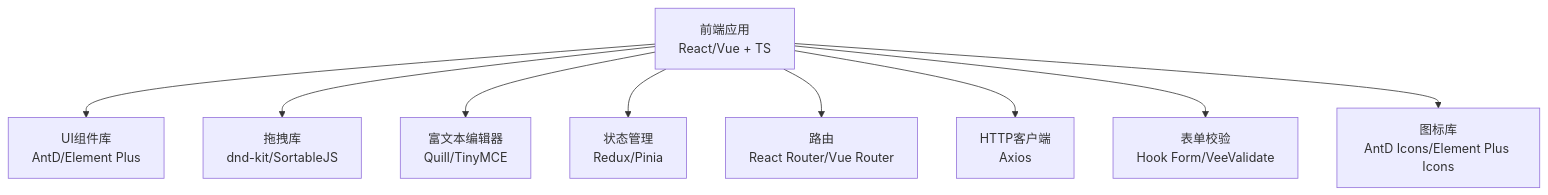
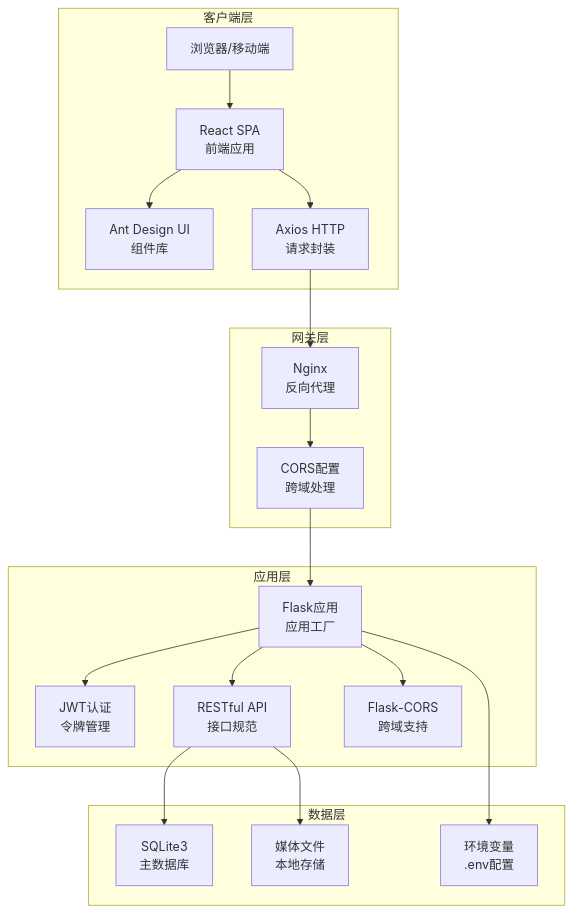
Before and after one commit to wyg5208/website_diy: the second of 6 diagrams in .qoder/repowiki/zh/content/需求规格说明/技术需求.md, drawn with Mermaid. The commit also changed other lines of this file and 43 other files, not shown here.

````diff
--- a/.qoder/repowiki/zh/content/需求规格说明/技术需求.md
+++ b/.qoder/repowiki/zh/content/需求规格说明/技术需求.md
@@ -93,11 +117,36 @@
 ```mermaid
 graph TB
-FE["前端应用<br/>React/Vue + TS"] --> UI["UI组件库<br/>AntD/Element Plus"]
-FE --> DRAG["拖拽库<br/>dnd-kit/SortableJS"]
-FE --> RTE["富文本编辑器<br/>Quill/TinyMCE"]
-FE --> STATE["状态管理<br/>Redux/Pinia"]
-FE --> ROUTER["路由<br/>React Router/Vue Router"]
-FE --> HTTP["HTTP客户端<br/>Axios"]
-FE --> FORM["表单校验<br/>Hook Form/VeeValidate"]
-FE --> ICON["图标库<br/>AntD Icons/Element Plus Icons"]
+subgraph "客户端层"
+U["浏览器/移动端"]
+B["React SPA<br/>前端应用"]
+C["Ant Design UI<br/>组件库"]
+D["Axios HTTP<br/>请求封装"]
+end
+subgraph "网关层"
+E["Nginx<br/>反向代理"]
+F["CORS配置<br/>跨域处理"]
+end
+subgraph "应用层"
+G["Flask应用<br/>应用工厂"]
+H["JWT认证<br/>令牌管理"]
+I["RESTful API<br/>接口规范"]
+J["Flask-CORS<br/>跨域支持"]
+end
+subgraph "数据层"
+K["SQLite3<br/>主数据库"]
+L["媒体文件<br/>本地存储"]
+M["环境变量<br/>.env配置"]
+end
+U --> B
+B --> C
+B --> D
+D --> E
+E --> F
+F --> G
+G --> H
+G --> I
+G --> J
+I --> K
+I --> L
+G --> M
 ```
````
